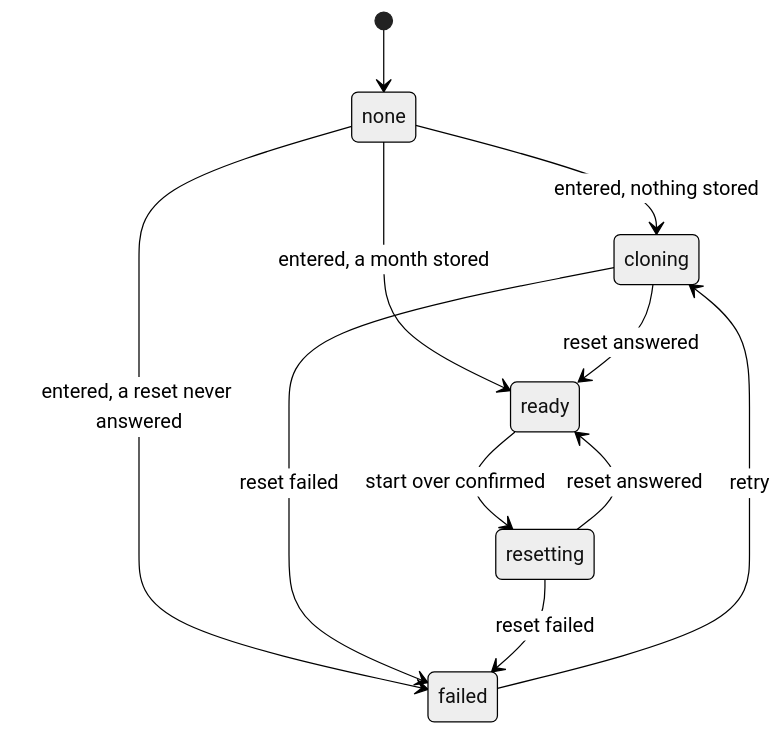
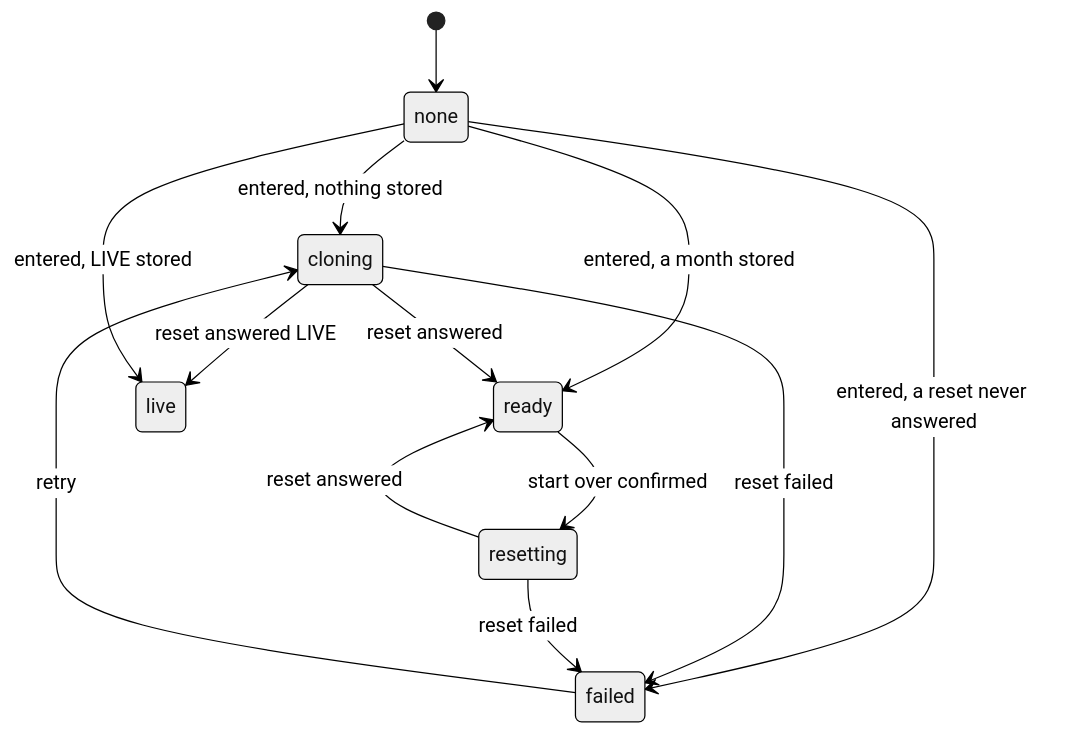
One commit to OracleOfAggieland/frankirocks changed the diagram in docs/machines/visit.md. Above: the diagram before and after it, drawn with Mermaid (neutral theme). The commit also changed other lines of this file and 17 other files, not shown here.

````diff
--- a/docs/machines/visit.md
+++ b/docs/machines/visit.md
@@ -24,13 +28,15 @@
 ```mermaid
 stateDiagram-v2
   [*] --> none
   none --> cloning : entered, nothing stored
   none --> ready : entered, a month stored
   none --> failed : entered, a reset never answered
   cloning --> ready : reset answered
   cloning --> failed : reset failed
+  cloning --> live : reset answered LIVE
+  none --> live : entered, LIVE stored
   failed --> cloning : retry
   ready --> resetting : start over confirmed
   resetting --> ready : reset answered
   resetting --> failed : reset failed
 ```
````
